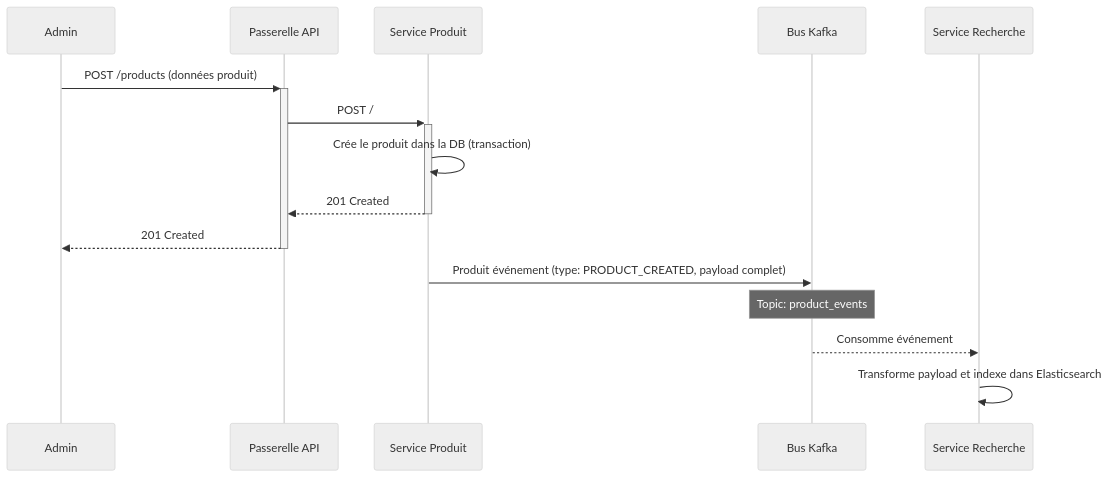
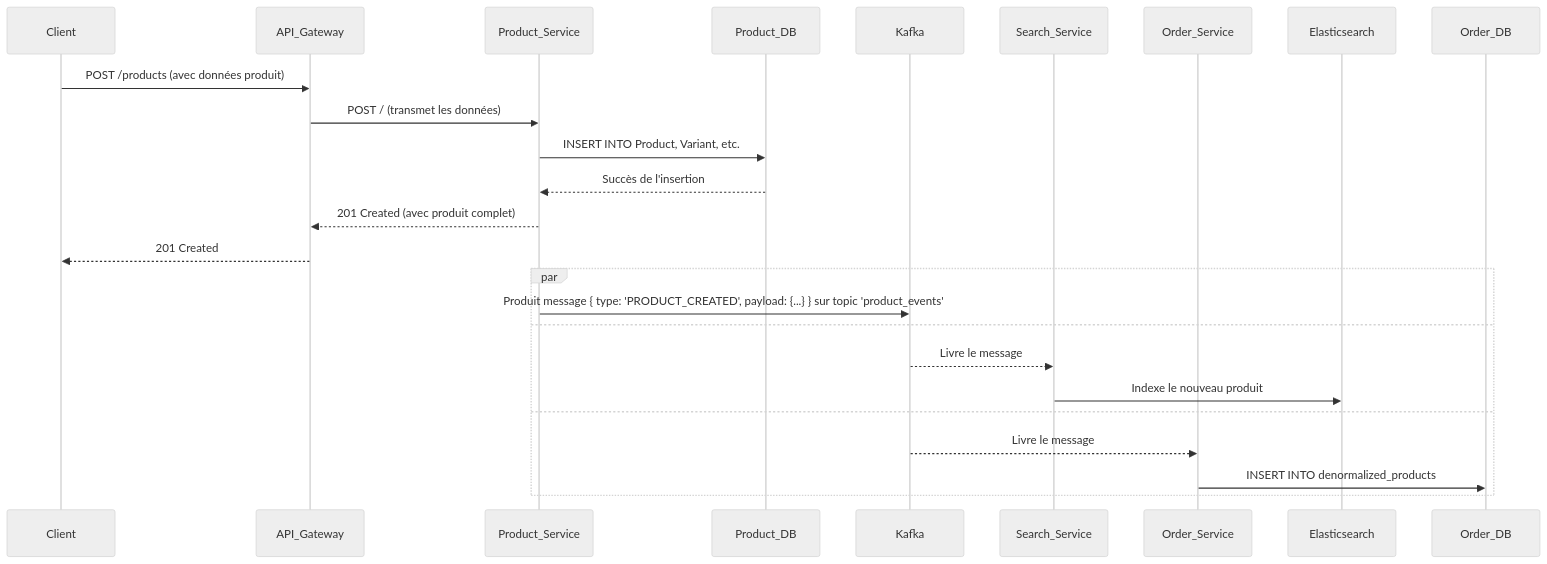
One commit to HarcheSamir/esisba-lirmm-ecommerce changed the fifth of 5 diagrams in MVP.md. Above: the diagram before and after it, drawn with Mermaid (neutral theme). The commit also changed other lines of this file, not shown here.

````diff
--- a/MVP.md
+++ b/MVP.md
@@ -299,20 +398,29 @@
 ```mermaid
 sequenceDiagram
-    participant Admin as Admin
-    participant AGW as Passerelle API
-    participant Product as Service Produit
-    participant Kafka as Bus Kafka
-    participant Search as Service Recherche
+    participant Client
+    participant API_Gateway
+    participant Product_Service
+    participant Product_DB
+    participant Kafka
+    participant Search_Service
+    participant Order_Service
+    participant Elasticsearch
+    participant Order_DB
 
-    Admin->>+AGW: POST /products (données produit)
-    AGW->>+Product: POST /
-    Product->>Product: Crée le produit dans la DB (transaction)
-    Product-->>-AGW: 201 Created
-    AGW-->>-Admin: 201 Created
+    Client->>API_Gateway: POST /products (avec données produit)
+    API_Gateway->>Product_Service: POST / (transmet les données)
+    Product_Service->>Product_DB: INSERT INTO Product, Variant, etc.
+    Product_DB-->>Product_Service: Succès de l'insertion
+    Product_Service-->>API_Gateway: 201 Created (avec produit complet)
+    API_Gateway-->>Client: 201 Created
 
-    Product->>Kafka: Produit événement (type: PRODUCT_CREATED, payload complet)
-    Note over Kafka: Topic: product_events
-
-    Kafka-->>Search: Consomme événement
-    Search->>Search: Transforme payload et indexe dans Elasticsearch
+    par
+        Product_Service->>Kafka: Produit message { type: 'PRODUCT_CREATED', payload: {...} } sur topic 'product_events'
+    and
+        Kafka-->>Search_Service: Livre le message
+        Search_Service->>Elasticsearch: Indexe le nouveau produit
+    and
+        Kafka-->>Order_Service: Livre le message
+        Order_Service->>Order_DB: INSERT INTO denormalized_products
+    end
 ```
````
